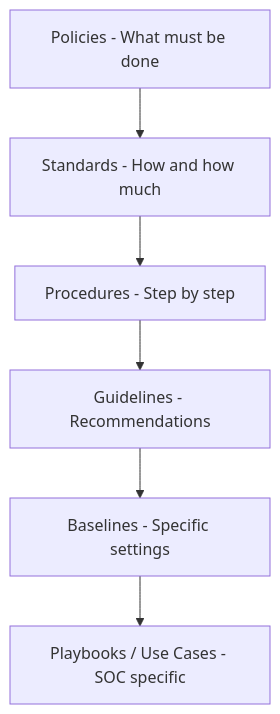
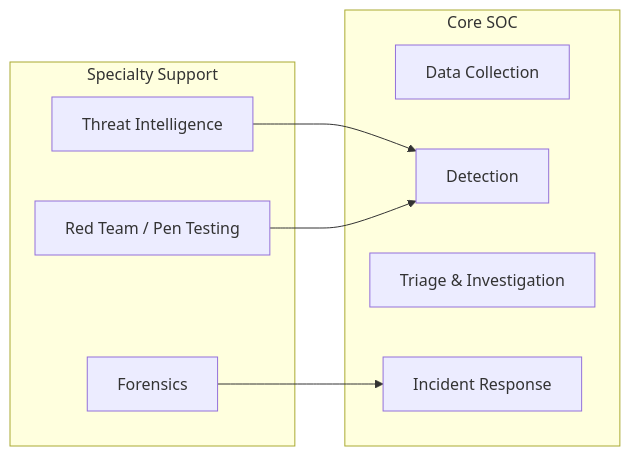
One commit to ammaryasser28/SEC450 changed the seventh of 8 diagrams in 450.1 - Blue Team Tools and Operation /SOC Overview.md. Above: the diagram before and after it, drawn with Mermaid. The commit also changed other lines of this file, not shown here.

Commit message:
Update SOC Overview.md

````diff
--- a/450.1 - Blue Team Tools and Operation /SOC Overview.md
+++ b/450.1 - Blue Team Tools and Operation /SOC Overview.md
@@ -399,8 +286,19 @@
 ```mermaid
-flowchart TD
-    A[Policies - What must be done] --> B[Standards - How and how much]
-    B --> C[Procedures - Step by step]
-    C --> D[Guidelines - Recommendations]
-    D --> E[Baselines - Specific settings]
-    E --> F[Playbooks / Use Cases - SOC specific]
+flowchart LR
+    subgraph Core["Core SOC"]
+        A[Data Collection]
+        B[Detection]
+        C[Triage & Investigation]
+        D[Incident Response]
+    end
+    
+    subgraph Specialty["Specialty Support"]
+        E[Threat Intelligence]
+        F[Forensics]
+        G[Red Team / Pen Testing]
+    end
+    
+    E --> B
+    F --> D
+    G --> B
 ```
````
